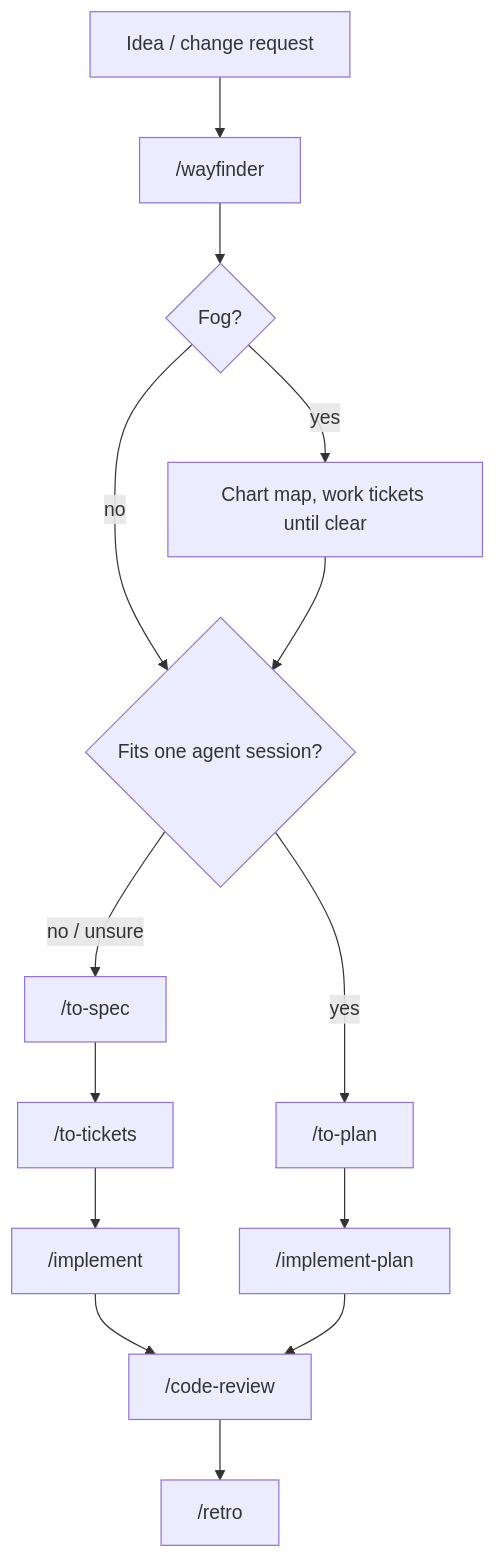
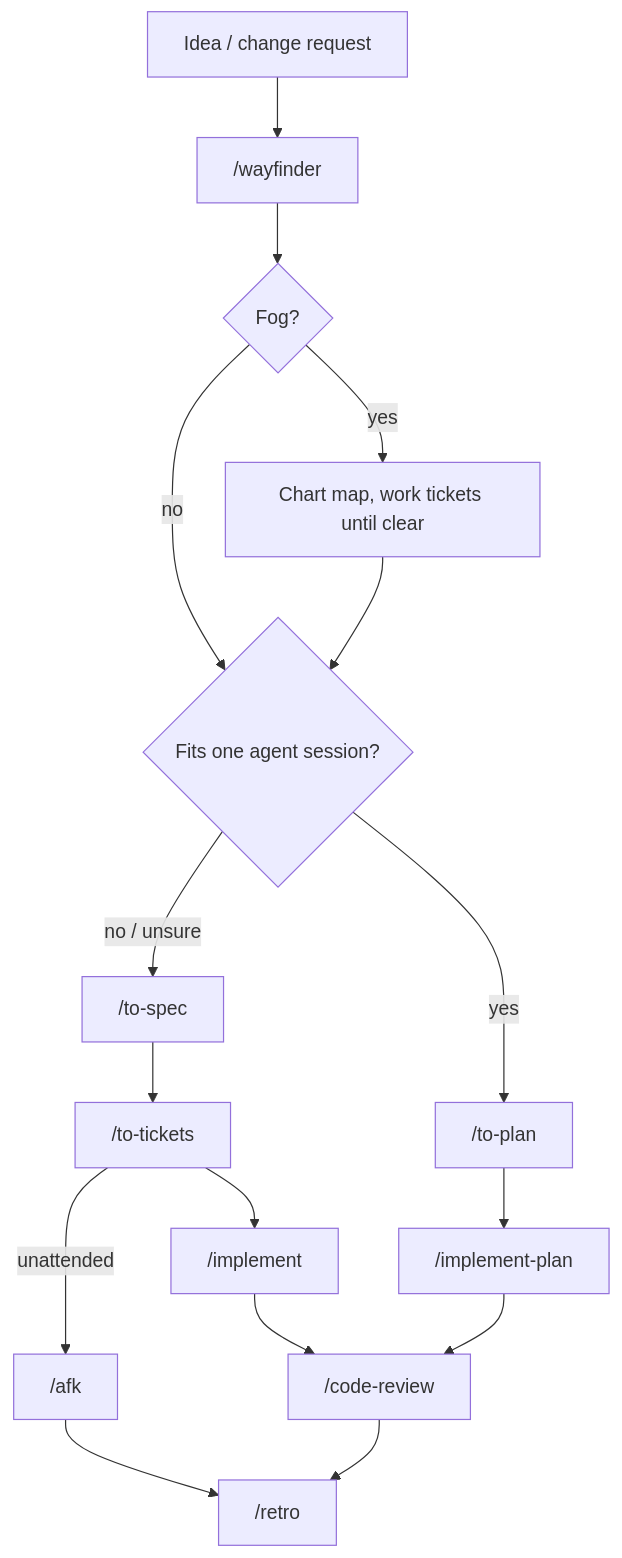
Before and after one commit to Akindu23/my-agent-skills: the diagram in README.md, drawn with Mermaid. The commit also changed other lines of this file and 6 other files, not shown here.

Commit message:
Add /afk skill to run approved tickets unattended in parallel waves

````diff
--- a/README.md
+++ b/README.md
@@ -43,22 +43,24 @@
 ```mermaid
 flowchart TD
   idea[Idea / change request]
   way["/wayfinder"]
   fog{Fog?}
   map[Chart map, work tickets until clear]
   size{Fits one agent session?}
   spec["/to-spec"]
   tickets["/to-tickets"]
   impl["/implement"]
+  afk["/afk"]
   plan["/to-plan"]
   implPlan["/implement-plan"]
   review["/code-review"]
   retro["/retro"]
 
   idea --> way --> fog
   fog -->|no| size
   fog -->|yes| map --> size
   size -->|no / unsure| spec --> tickets --> impl --> review
   size -->|yes| plan --> implPlan --> review
+  tickets -->|unattended| afk --> retro
   review --> retro
 ```
````
